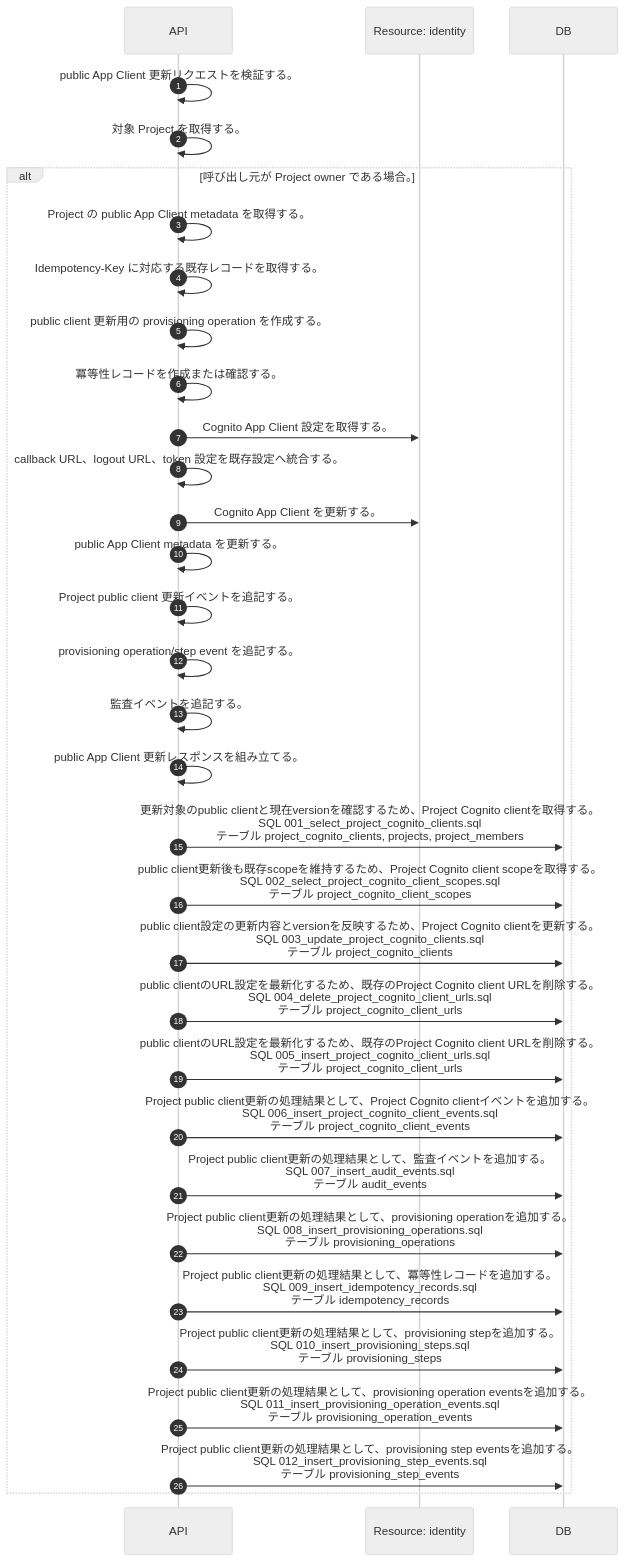
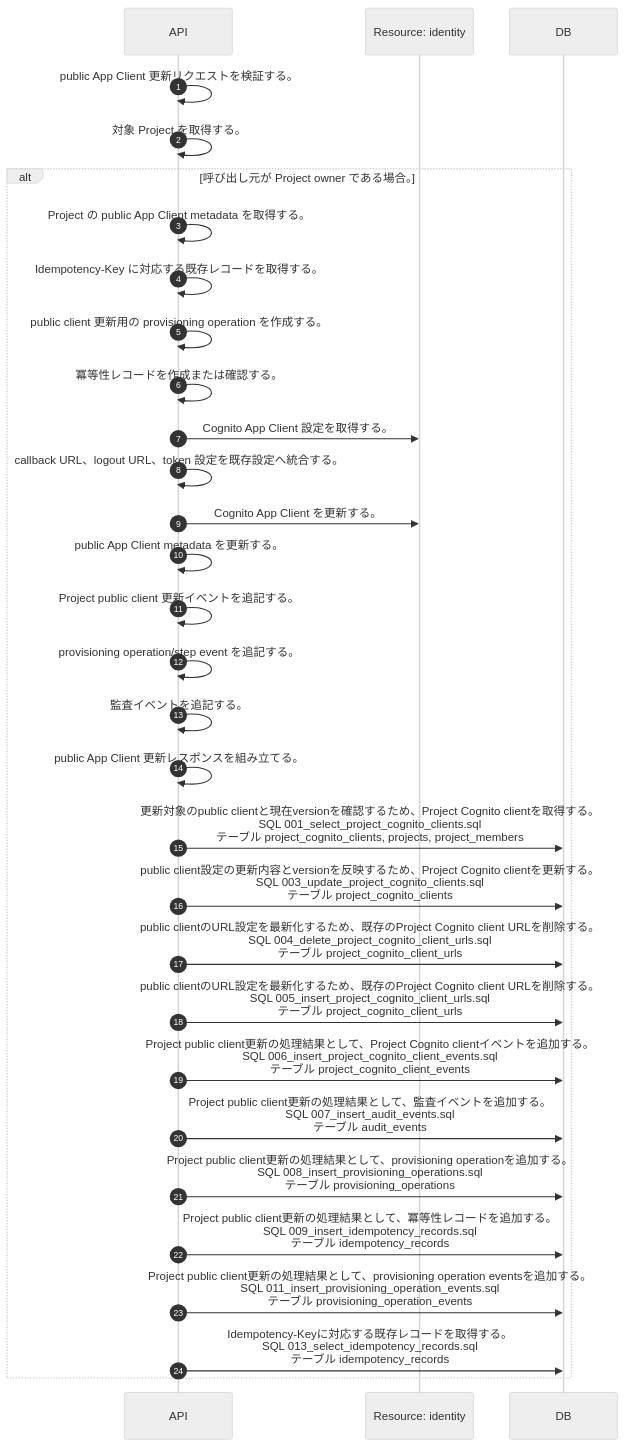
Before and after one commit to tsuji-tomonori/lazunex: the diagram in docs/spec/40.apis/projects/update_project_public_client/sequence_gen.md, drawn with Mermaid (neutral theme). The commit also changed 44 other files, not shown here.

````diff
--- a/docs/spec/40.apis/projects/update_project_public_client/sequence_gen.md
+++ b/docs/spec/40.apis/projects/update_project_public_client/sequence_gen.md
@@ -5,35 +5,33 @@
 ```mermaid
 sequenceDiagram
   autonumber
   participant API as API
   participant R_identity as Resource: identity
   participant DB as DB
   API->>API: public App Client 更新リクエストを検証する。
   API->>API: 対象 Project を取得する。
   alt 呼び出し元が Project owner である場合。
     API->>API: Project の public App Client metadata を取得する。
     API->>API: Idempotency-Key に対応する既存レコードを取得する。
     API->>API: public client 更新用の provisioning operation を作成する。
     API->>API: 冪等性レコードを作成または確認する。
     API->>R_identity: Cognito App Client 設定を取得する。
     API->>API: callback URL、logout URL、token 設定を既存設定へ統合する。
     API->>R_identity: Cognito App Client を更新する。
     API->>API: public App Client metadata を更新する。
     API->>API: Project public client 更新イベントを追記する。
     API->>API: provisioning operation/step event を追記する。
     API->>API: 監査イベントを追記する。
     API->>API: public App Client 更新レスポンスを組み立てる。
     API->>DB: 更新対象のpublic clientと現在versionを確認するため、Project Cognito clientを取得する。<br/>SQL 001_select_project_cognito_clients.sql<br/>テーブル project_cognito_clients, projects, project_members
-    API->>DB: public client更新後も既存scopeを維持するため、Project Cognito client scopeを取得する。<br/>SQL 002_select_project_cognito_client_scopes.sql<br/>テーブル project_cognito_client_scopes
     API->>DB: public client設定の更新内容とversionを反映するため、Project Cognito clientを更新する。<br/>SQL 003_update_project_cognito_clients.sql<br/>テーブル project_cognito_clients
     API->>DB: public clientのURL設定を最新化するため、既存のProject Cognito client URLを削除する。<br/>SQL 004_delete_project_cognito_client_urls.sql<br/>テーブル project_cognito_client_urls
     API->>DB: public clientのURL設定を最新化するため、既存のProject Cognito client URLを削除する。<br/>SQL 005_insert_project_cognito_client_urls.sql<br/>テーブル project_cognito_client_urls
     API->>DB: Project public client更新の処理結果として、Project Cognito clientイベントを追加する。<br/>SQL 006_insert_project_cognito_client_events.sql<br/>テーブル project_cognito_client_events
     API->>DB: Project public client更新の処理結果として、監査イベントを追加する。<br/>SQL 007_insert_audit_events.sql<br/>テーブル audit_events
     API->>DB: Project public client更新の処理結果として、provisioning operationを追加する。<br/>SQL 008_insert_provisioning_operations.sql<br/>テーブル provisioning_operations
     API->>DB: Project public client更新の処理結果として、冪等性レコードを追加する。<br/>SQL 009_insert_idempotency_records.sql<br/>テーブル idempotency_records
-    API->>DB: Project public client更新の処理結果として、provisioning stepを追加する。<br/>SQL 010_insert_provisioning_steps.sql<br/>テーブル provisioning_steps
     API->>DB: Project public client更新の処理結果として、provisioning operation eventsを追加する。<br/>SQL 011_insert_provisioning_operation_events.sql<br/>テーブル provisioning_operation_events
-    API->>DB: Project public client更新の処理結果として、provisioning step eventsを追加する。<br/>SQL 012_insert_provisioning_step_events.sql<br/>テーブル provisioning_step_events
+    API->>DB: Idempotency-Keyに対応する既存レコードを取得する。<br/>SQL 013_select_idempotency_records.sql<br/>テーブル idempotency_records
   end
 ```
````
